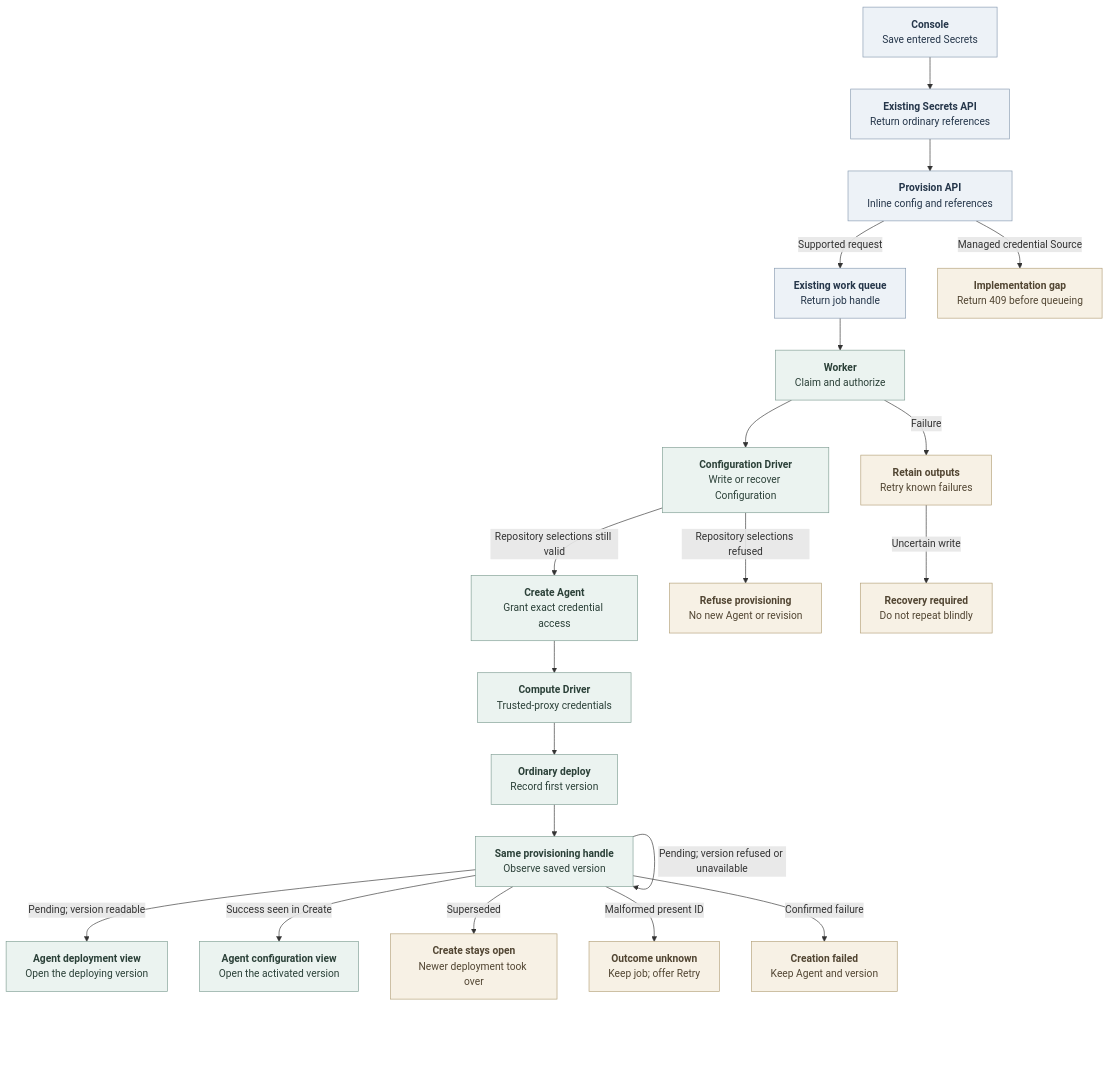
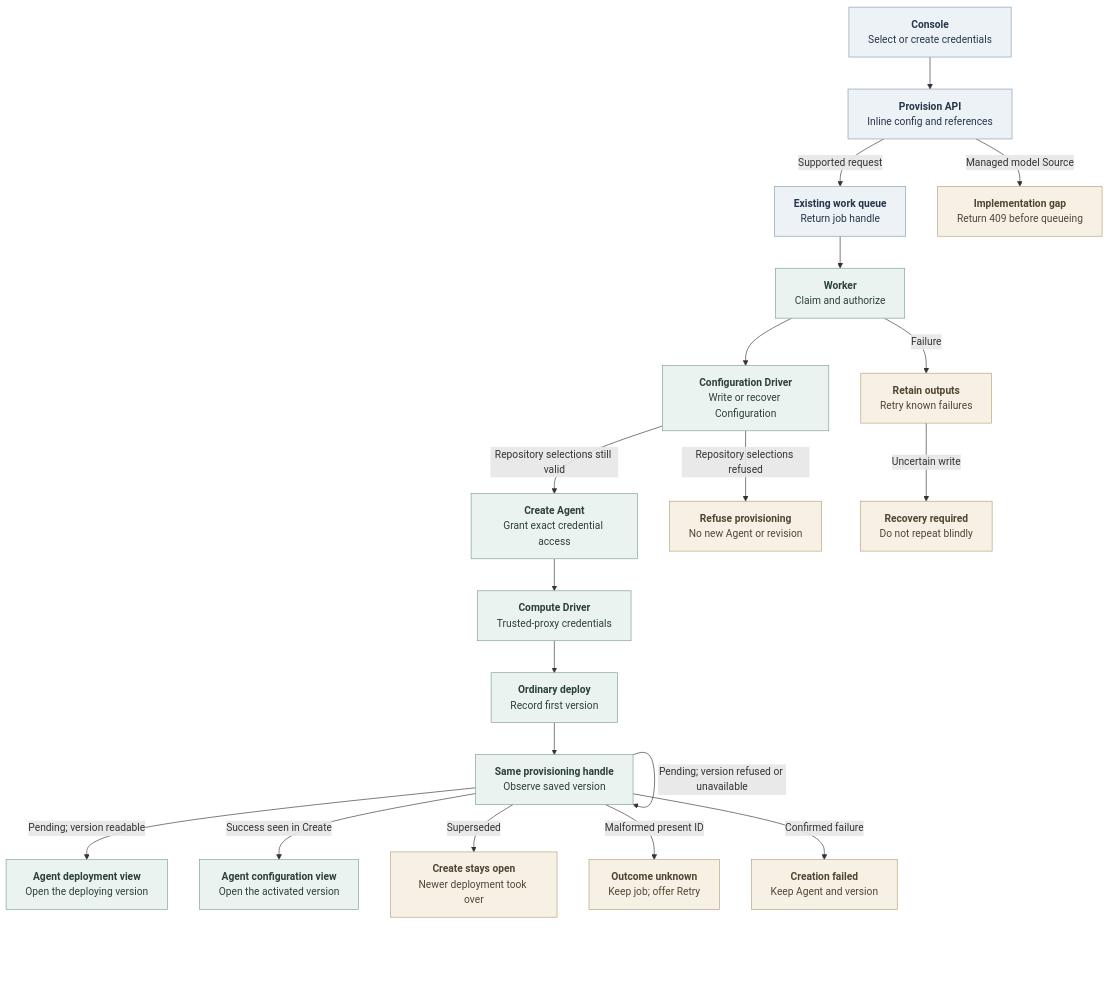
Before and after one commit to openclaw/openclaw-enterprise: the diagram in docs/flows/agent-provisioning.md, drawn with Mermaid. The commit also changed other lines of this file and 181 other files, not shown here.

First line of the commit message:
Add Credential Source management and move Slack Channel credentials to Sources (#7478)

````diff
--- a/docs/flows/agent-provisioning.md
+++ b/docs/flows/agent-provisioning.md
@@ -22,29 +22,28 @@
 ```mermaid
 graph TD
-  Console["<b>Console</b><br/>Save entered Secrets"] --> Secrets["<b>Existing Secrets API</b><br/>Return ordinary references"]
-  Secrets --> API["<b>Provision API</b><br/>Inline config and references"]
+  Console["<b>Console</b><br/>Select or create credentials"] --> API["<b>Provision API</b><br/>Inline config and references"]
   API -->|Supported request| Queue["<b>Existing work queue</b><br/>Return job handle"]
-  API -->|Managed credential Source| Gap["<b>Implementation gap</b><br/>Return 409 before queueing"]
+  API -->|Managed model Source| Gap["<b>Implementation gap</b><br/>Return 409 before queueing"]
   Queue --> Claim["<b>Worker</b><br/>Claim and authorize"]
   Claim --> Config["<b>Configuration Driver</b><br/>Write or recover Configuration"]
   Config -->|Repository selections still valid| Agent["<b>Create Agent</b><br/>Grant exact credential access"]
   Config -->|Repository selections refused| RepoRefused["<b>Refuse provisioning</b><br/>No new Agent or revision"]
   Agent --> Transport["<b>Compute Driver</b><br/>Trusted-proxy credentials"]
   Transport --> Deploy["<b>Ordinary deploy</b><br/>Record first version"]
   Deploy --> Observe["<b>Same provisioning handle</b><br/>Observe saved version"]
   Observe -->|Pending; version readable| UI["<b>Agent deployment view</b><br/>Open the deploying version"]
   Observe -->|Pending; version refused or unavailable| Observe
   Observe -->|Success seen in Create| Settings["<b>Agent configuration view</b><br/>Open the activated version"]
   Observe -->|Superseded| Superseded["<b>Create stays open</b><br/>Newer deployment took over"]
   Observe -->|Malformed present ID| Unknown["<b>Outcome unknown</b><br/>Keep job; offer Retry"]
   Observe -->|Confirmed failure| Terminal["<b>Creation failed</b><br/>Keep Agent and version"]
   Claim -->|Failure| Failed["<b>Retain outputs</b><br/>Retry known failures"]
   Failed -->|Uncertain write| Recovery["<b>Recovery required</b><br/>Do not repeat blindly"]
 
   classDef state fill:#EDF2F7,stroke:#879AB0,color:#25364A,stroke-width:1px
   classDef operation fill:#EBF3F0,stroke:#7F9D93,color:#2B4038,stroke-width:1px
   classDef condition fill:#F7F1E5,stroke:#B3A078,color:#514532,stroke-width:1px
-  class Console,Secrets,API,Queue state
+  class Console,API,Queue state
   class Claim,Config,Agent,Transport,Deploy,Observe,UI,Settings operation
   class Failed,Recovery,Terminal,Superseded,RepoRefused,Unknown,Gap condition
 ```
````
